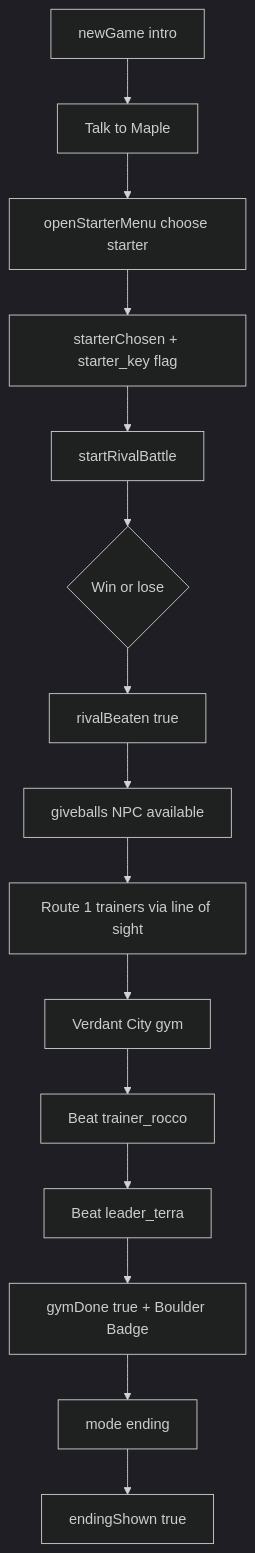
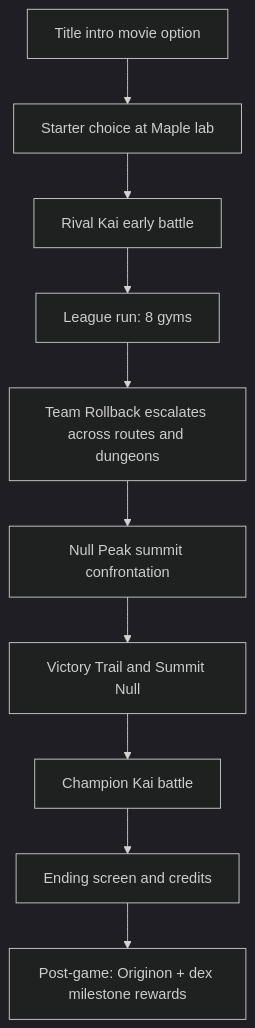
The diagram in droid-wiki/features/story-progression.md (KeigoShimadaCC/PocketMockster), drawn with Mermaid (dark theme) before and after one commit. The commit also changed other lines of this file and 47 other files, not shown here.

````diff
--- a/droid-wiki/features/story-progression.md
+++ b/droid-wiki/features/story-progression.md
@@ -41,17 +36,12 @@
 ```mermaid
 flowchart TD
-  A[newGame intro] --> B[Talk to Maple]
-  B --> C[openStarterMenu choose starter]
-  C --> D[starterChosen + starter_key flag]
-  D --> E[startRivalBattle]
-  E --> F{Win or lose}
-  F --> G[rivalBeaten true]
-  G --> H[giveballs NPC available]
-  H --> I[Route 1 trainers via line of sight]
-  I --> J[Verdant City gym]
-  J --> K[Beat trainer_rocco]
-  K --> L[Beat leader_terra]
-  L --> M[gymDone true + Boulder Badge]
-  M --> N[mode ending]
-  N --> O[endingShown true]
+  A[Title intro movie option] --> B[Starter choice at Maple lab]
+  B --> C[Rival Kai early battle]
+  C --> D[League run: 8 gyms]
+  D --> E[Team Rollback escalates across routes and dungeons]
+  E --> F[Null Peak summit confrontation]
+  F --> G[Victory Trail and Summit Null]
+  G --> H[Champion Kai battle]
+  H --> I[Ending screen and credits]
+  I --> J[Post-game: Originon + dex milestone rewards]
 ```
````
